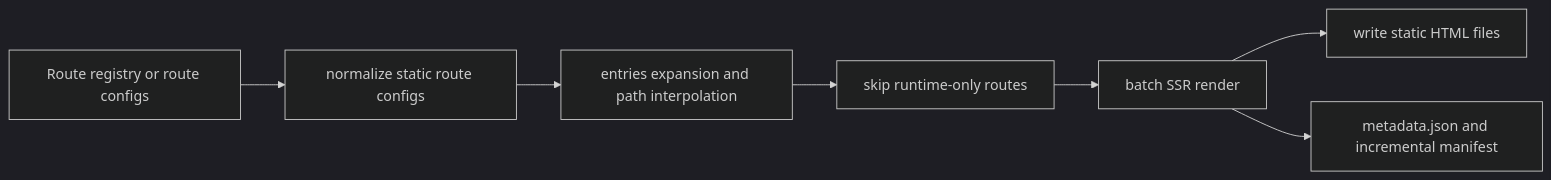
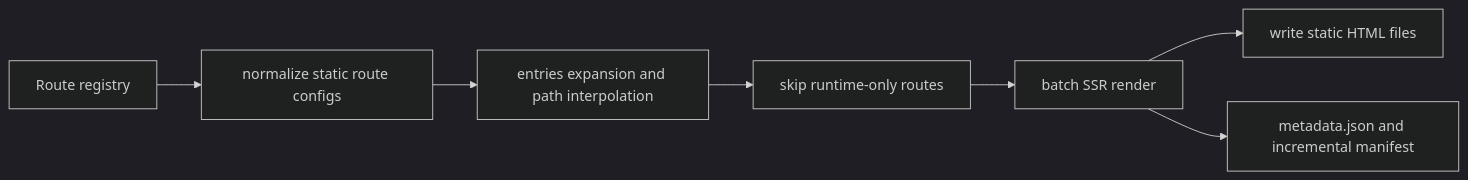
The fifth of 7 diagrams in docs/internals/ssr-ssg-pipeline.md (askrjs/askr), drawn with Mermaid (dark theme) before and after one commit. The commit also changed other lines of this file and 35 other files, not shown here.

````diff
--- a/docs/internals/ssr-ssg-pipeline.md
+++ b/docs/internals/ssr-ssg-pipeline.md
@@ -155,17 +155,17 @@
 ```mermaid
 flowchart LR
-  registry[Route registry or route configs]
+  registry[Route registry]
   normalize[normalize static route configs]
   expand[entries expansion and path interpolation]
   filter[skip runtime-only routes]
   render[batch SSR render]
   write[write static HTML files]
   metadata[metadata.json and incremental manifest]
 
   registry --> normalize
   normalize --> expand
   expand --> filter
   filter --> render
   render --> write
   render --> metadata
 ```
````
